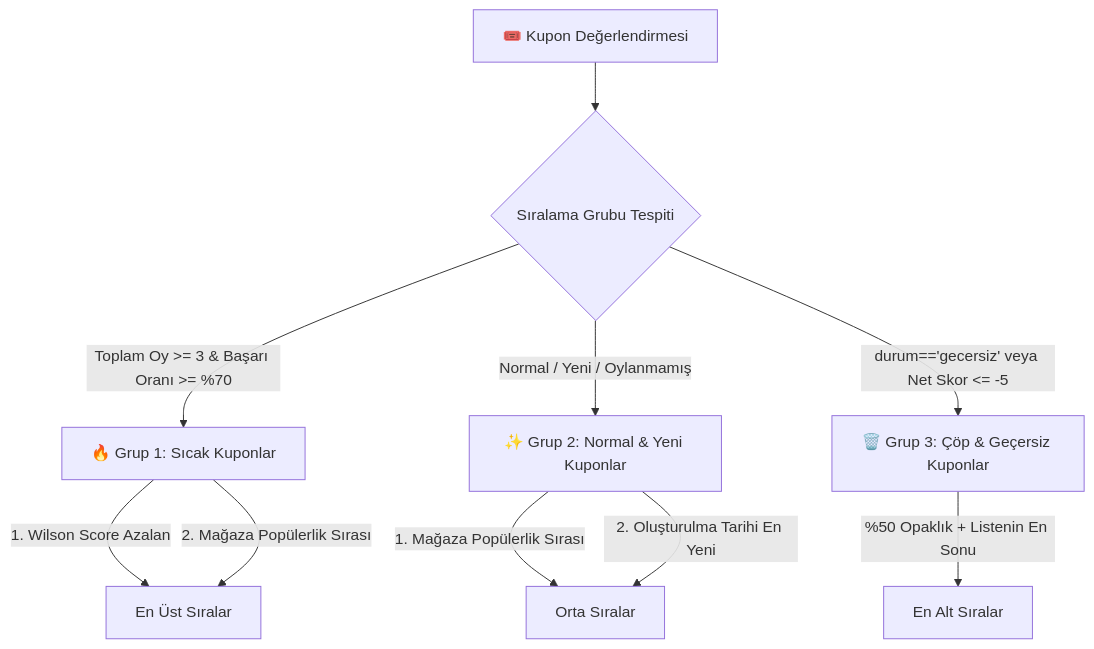
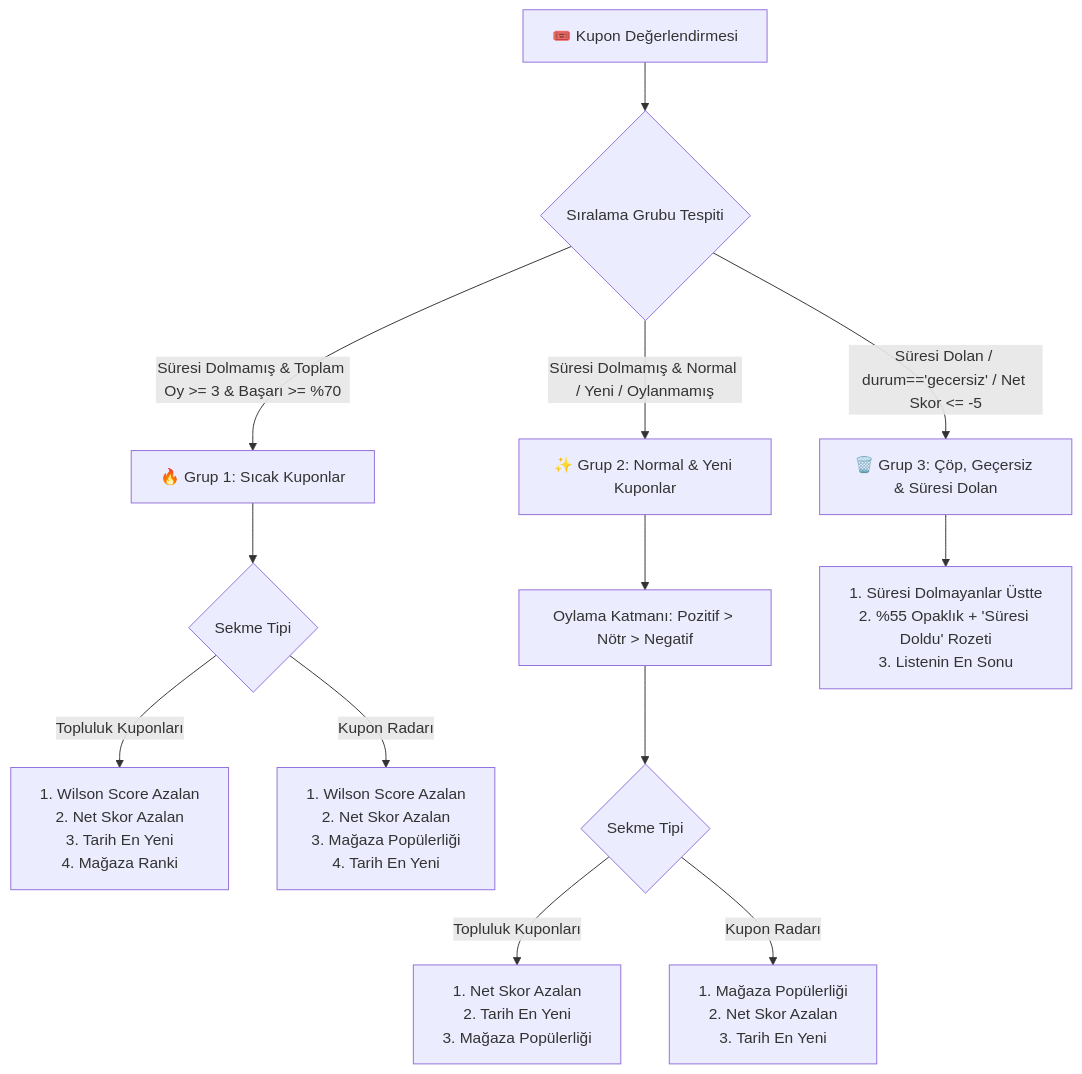
The second of 3 diagrams in documentation/kuponlar/kuponlar_modulu_rehberi.md (gky61/s-cak-f-rsatlar), drawn with Mermaid before and after one commit. The commit also changed other lines of this file and 71 other files, not shown here.

````diff
--- a/documentation/kuponlar/kuponlar_modulu_rehberi.md
+++ b/documentation/kuponlar/kuponlar_modulu_rehberi.md
@@ -110,16 +110,19 @@
 ```mermaid
 graph TD
     Kupon[🎟️ Kupon Değerlendirmesi] --> GroupCheck{Sıralama Grubu Tespiti}
     
-    GroupCheck -->|Toplam Oy >= 3 & Başarı Oranı >= %70| G1[🔥 Grup 1: Sıcak Kuponlar]
-    GroupCheck -->|Normal / Yeni / Oylanmamış| G2[✨ Grup 2: Normal & Yeni Kuponlar]
-    GroupCheck -->|durum=='gecersiz' veya Net Skor <= -5| G3[🗑️ Grup 3: Çöp & Geçersiz Kuponlar]
+    GroupCheck -->|Süresi Dolmamış & Toplam Oy >= 3 & Başarı >= %70| G1[🔥 Grup 1: Sıcak Kuponlar]
+    GroupCheck -->|Süresi Dolmamış & Normal / Yeni / Oylanmamış| G2[✨ Grup 2: Normal & Yeni Kuponlar]
+    GroupCheck -->|Süresi Dolan / durum=='gecersiz' / Net Skor <= -5| G3[🗑️ Grup 3: Çöp, Geçersiz & Süresi Dolan]
     
-    G1 -->|1. Wilson Score Azalan| Sort1[En Üst Sıralar]
-    G1 -->|2. Mağaza Popülerlik Sırası| Sort1
+    G1 --> Mode1{Sekme Tipi}
+    Mode1 -->|Topluluk Kuponları| S1_Comm[1. Wilson Score Azalan<br/>2. Net Skor Azalan<br/>3. Tarih En Yeni<br/>4. Mağaza Ranki]
+    Mode1 -->|Kupon Radarı| S1_Radar[1. Wilson Score Azalan<br/>2. Net Skor Azalan<br/>3. Mağaza Popülerliği<br/>4. Tarih En Yeni]
     
-    G2 -->|1. Mağaza Popülerlik Sırası| Sort2[Orta Sıralar]
-    G2 -->|2. Oluşturulma Tarihi En Yeni| Sort2
+    G2 --> G2_Tier[Oylama Katmanı: Pozitif > Nötr > Negatif]
+    G2_Tier --> Mode2{Sekme Tipi}
+    Mode2 -->|Topluluk Kuponları| S2_Comm[1. Net Skor Azalan<br/>2. Tarih En Yeni<br/>3. Mağaza Popülerliği]
+    Mode2 -->|Kupon Radarı| S2_Radar[1. Mağaza Popülerliği<br/>2. Net Skor Azalan<br/>3. Tarih En Yeni]
     
-    G3 -->|%50 Opaklık + Listenin En Sonu| Sort3[En Alt Sıralar]
+    G3 --> S3[1. Süresi Dolmayanlar Üstte<br/>2. %55 Opaklık + 'Süresi Doldu' Rozeti<br/>3. Listenin En Sonu]
 ```
````
